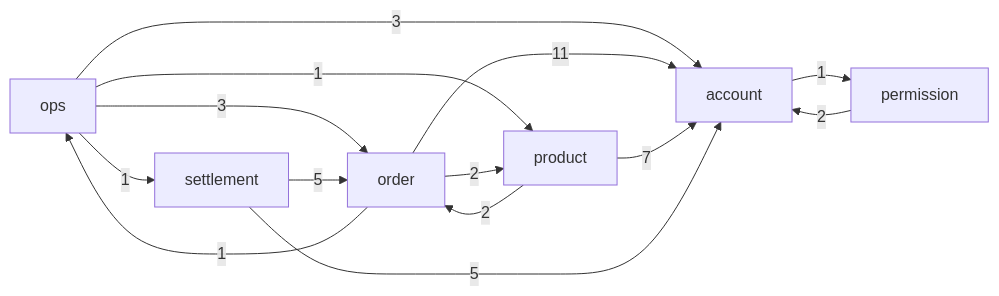
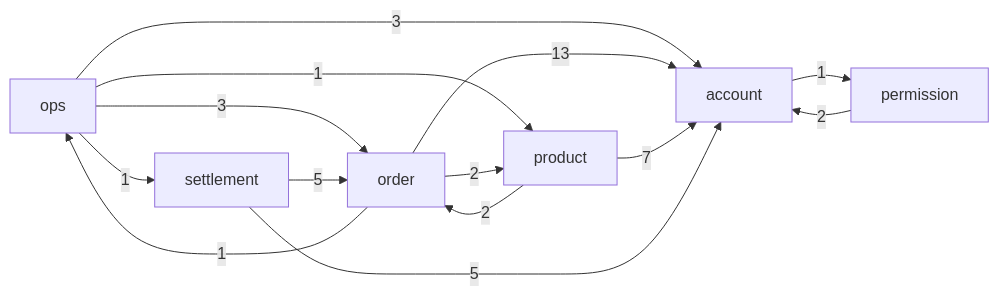
The diagram in doc/erd/index.md (ejg93/ProjectShop), drawn with Mermaid before and after one commit. The commit also changed other lines of this file and 17 other files, not shown here.

````diff
--- a/doc/erd/index.md
+++ b/doc/erd/index.md
@@ -5,16 +5,16 @@
 ```mermaid
 flowchart LR
     account -->|1| permission
     ops -->|3| account
     ops -->|3| order
     ops -->|1| product
     ops -->|1| settlement
-    order -->|11| account
+    order -->|13| account
     order -->|1| ops
     order -->|2| product
     permission -->|2| account
     product -->|7| account
     product -->|2| order
     settlement -->|5| account
     settlement -->|5| order
 ```
````
